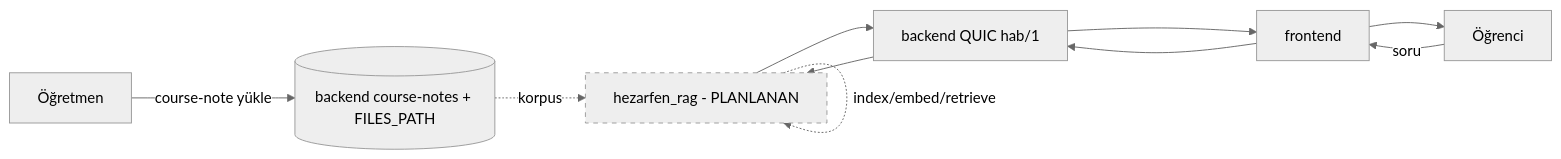
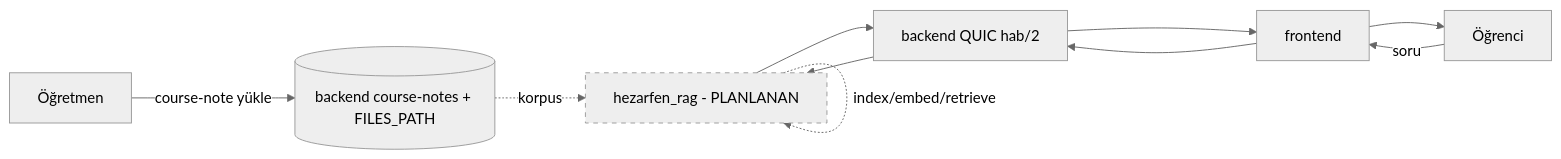
Before and after one commit to Hezarfen-Co/hezarfen_rag: the diagram in PROJECT_STATE.md, drawn with Mermaid (neutral theme). The commit also changed other lines of this file and 42 other files, not shown here.

````diff
--- a/PROJECT_STATE.md
+++ b/PROJECT_STATE.md
@@ -96,9 +118,9 @@
 ```mermaid
 flowchart LR
   T[Öğretmen] -->|course-note yükle| BE[(backend course-notes + FILES_PATH)]
   BE -. korpus .-> RAG[hezarfen_rag - PLANLANAN]
   RAG -. index/embed/retrieve .-> RAG
-  S[Öğrenci] -->|soru| FE[frontend] --> BR[backend QUIC hab/1] --> RAG --> BR --> FE --> S
+  S[Öğrenci] -->|soru| FE[frontend] --> BR[backend QUIC hab/2] --> RAG --> BR --> FE --> S
   classDef todo stroke-dasharray: 5 5;
   class RAG todo;
 ```
````
